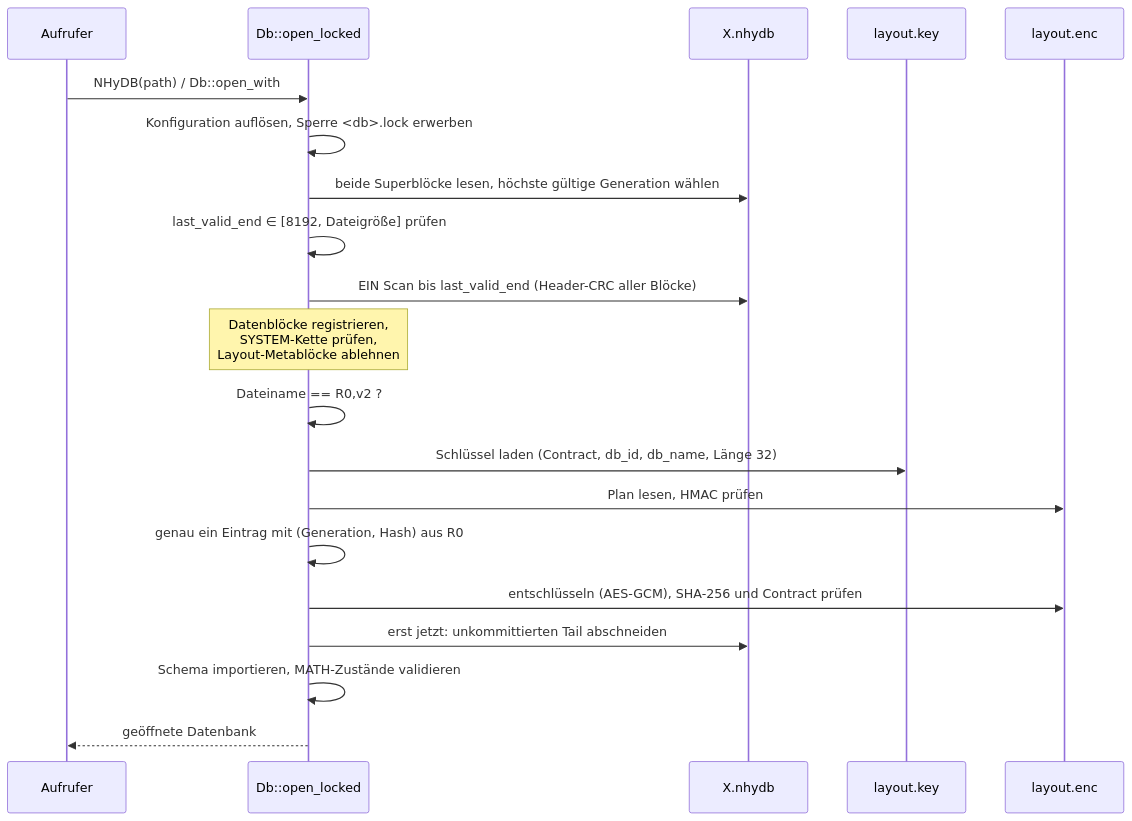
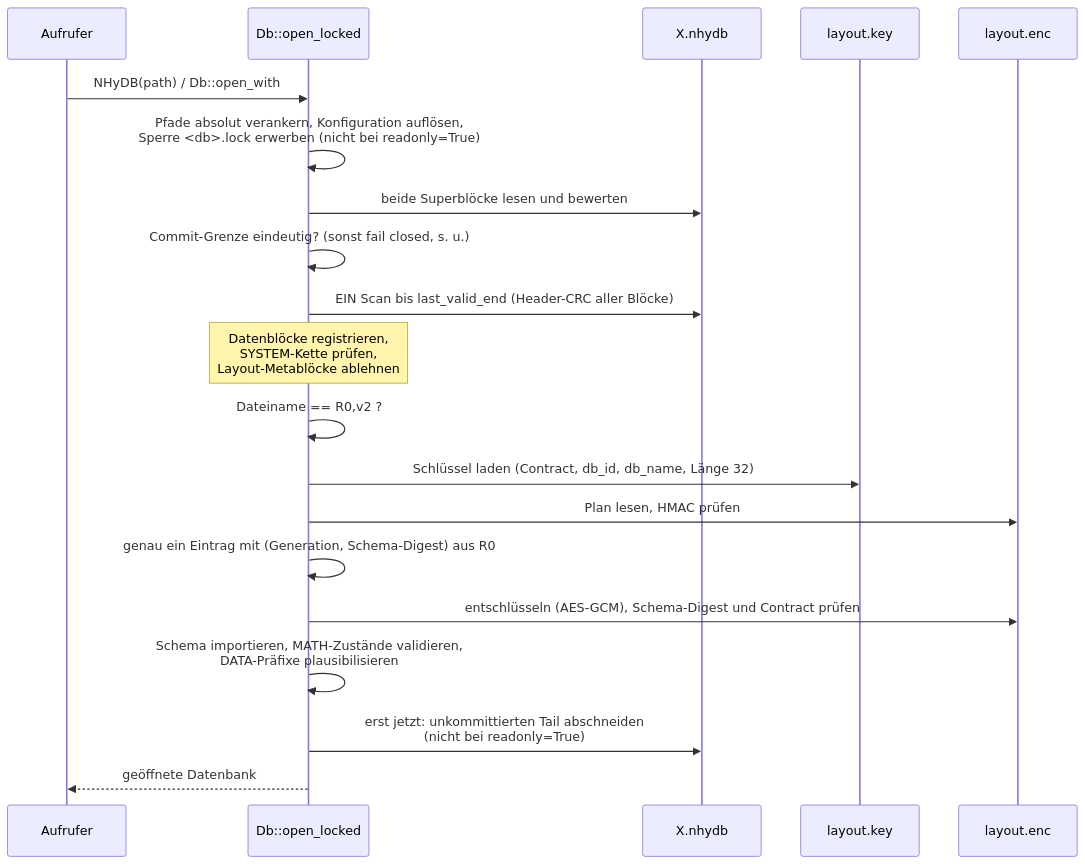
Before and after one commit to nhydb-run4/NHyDB: the third of 7 diagrams in docs/de/NHyDB_Technische_Dokumentation.md, drawn with Mermaid. The commit also changed other lines of this file and 102 other files, not shown here.

````diff
--- a/docs/de/NHyDB_Technische_Dokumentation.md
+++ b/docs/de/NHyDB_Technische_Dokumentation.md
@@ -1035,22 +1132,22 @@
 ```mermaid
 sequenceDiagram
     participant A as Aufrufer
     participant D as Db::open_locked
     participant F as X.nhydb
     participant K as layout.key
     participant P as layout.enc
     A->>D: NHyDB(path) / Db::open_with
-    D->>D: Konfiguration auflösen, Sperre <db>.lock erwerben
-    D->>F: beide Superblöcke lesen, höchste gültige Generation wählen
-    D->>D: last_valid_end ∈ [8192, Dateigröße] prüfen
+    D->>D: Pfade absolut verankern, Konfiguration auflösen,<br/>Sperre <db>.lock erwerben (nicht bei readonly=True)
+    D->>F: beide Superblöcke lesen und bewerten
+    D->>D: Commit-Grenze eindeutig? (sonst fail closed, s. u.)
     D->>F: EIN Scan bis last_valid_end (Header-CRC aller Blöcke)
     Note over D: Datenblöcke registrieren,<br/>SYSTEM-Kette prüfen,<br/>Layout-Metablöcke ablehnen
     D->>D: Dateiname == R0,v2 ?
     D->>K: Schlüssel laden (Contract, db_id, db_name, Länge 32)
     D->>P: Plan lesen, HMAC prüfen
-    D->>D: genau ein Eintrag mit (Generation, Hash) aus R0
-    D->>P: entschlüsseln (AES-GCM), SHA-256 und Contract prüfen
-    D->>F: erst jetzt: unkommittierten Tail abschneiden
-    D->>D: Schema importieren, MATH-Zustände validieren
+    D->>D: genau ein Eintrag mit (Generation, Schema-Digest) aus R0
+    D->>P: entschlüsseln (AES-GCM), Schema-Digest und Contract prüfen
+    D->>D: Schema importieren, MATH-Zustände validieren,<br/>DATA-Präfixe plausibilisieren
+    D->>F: erst jetzt: unkommittierten Tail abschneiden<br/>(nicht bei readonly=True)
     D-->>A: geöffnete Datenbank
 ```
````
